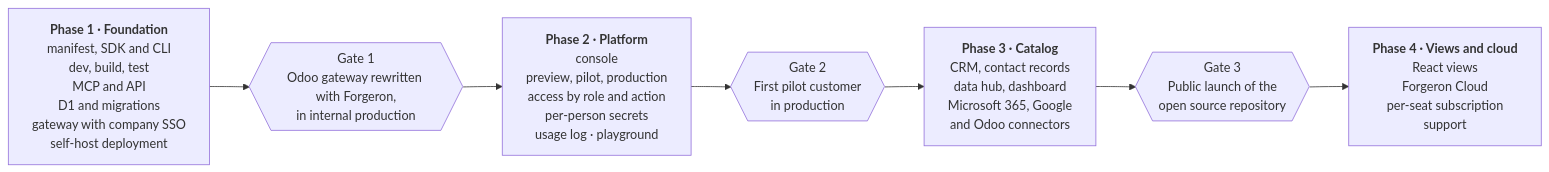
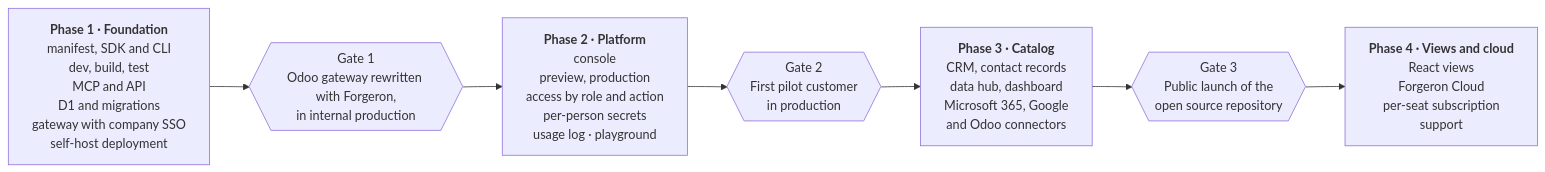
The second of 2 diagrams in docs/white-paper.md (forgeron-sh/monorepo), drawn with Mermaid before and after one commit. The commit also changed other lines of this file and 77 other files, not shown here.

First line of the commit message:
feat(hosting,registry,gateway,cli,console): remove the pilot environment (FOR-132)

````diff
--- a/docs/white-paper.md
+++ b/docs/white-paper.md
@@ -240,11 +240,11 @@
 ```mermaid
 flowchart LR
   P1["<b>Phase 1 · Foundation</b><br/>manifest, SDK and CLI<br/>dev, build, test<br/>MCP and API<br/>D1 and migrations<br/>gateway with company SSO<br/>self-host deployment"]
   G1{{"Gate 1<br/>Odoo gateway rewritten with Forgeron,<br/>in internal production"}}
-  P2["<b>Phase 2 · Platform</b><br/>console<br/>preview, pilot, production<br/>access by role and action<br/>per-person secrets<br/>usage log · playground"]
+  P2["<b>Phase 2 · Platform</b><br/>console<br/>preview, production<br/>access by role and action<br/>per-person secrets<br/>usage log · playground"]
   G2{{"Gate 2<br/>First pilot customer<br/>in production"}}
   P3["<b>Phase 3 · Catalog</b><br/>CRM, contact records<br/>data hub, dashboard<br/>Microsoft 365, Google<br/>and Odoo connectors"]
   G3{{"Gate 3<br/>Public launch of the<br/>open source repository"}}
   P4["<b>Phase 4 · Views and cloud</b><br/>React views<br/>Forgeron Cloud<br/>per-seat subscription<br/>support"]
   P1 --> G1 --> P2 --> G2 --> P3 --> G3 --> P4
 ```
````
